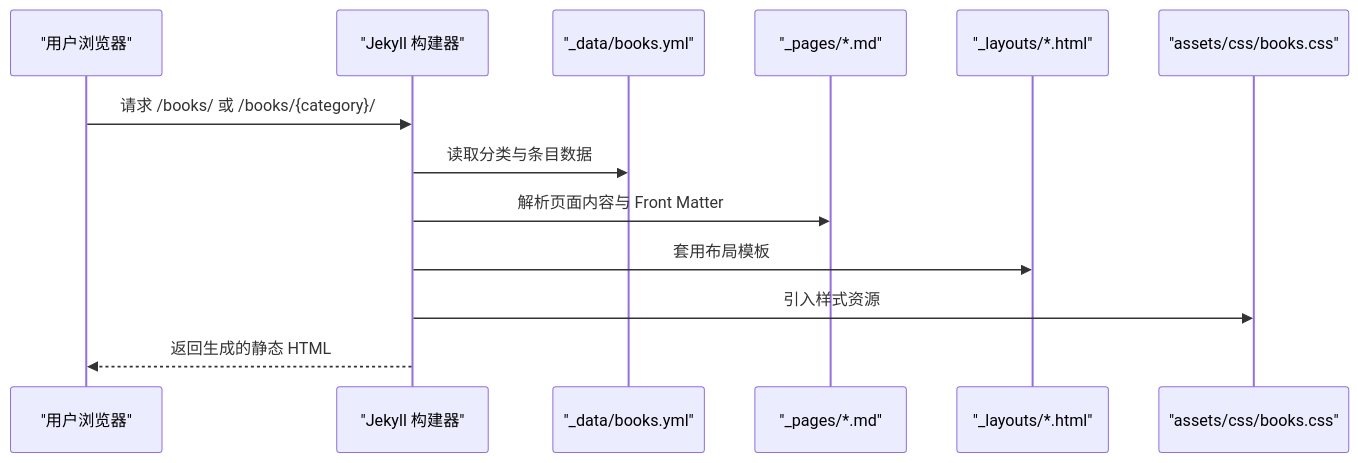
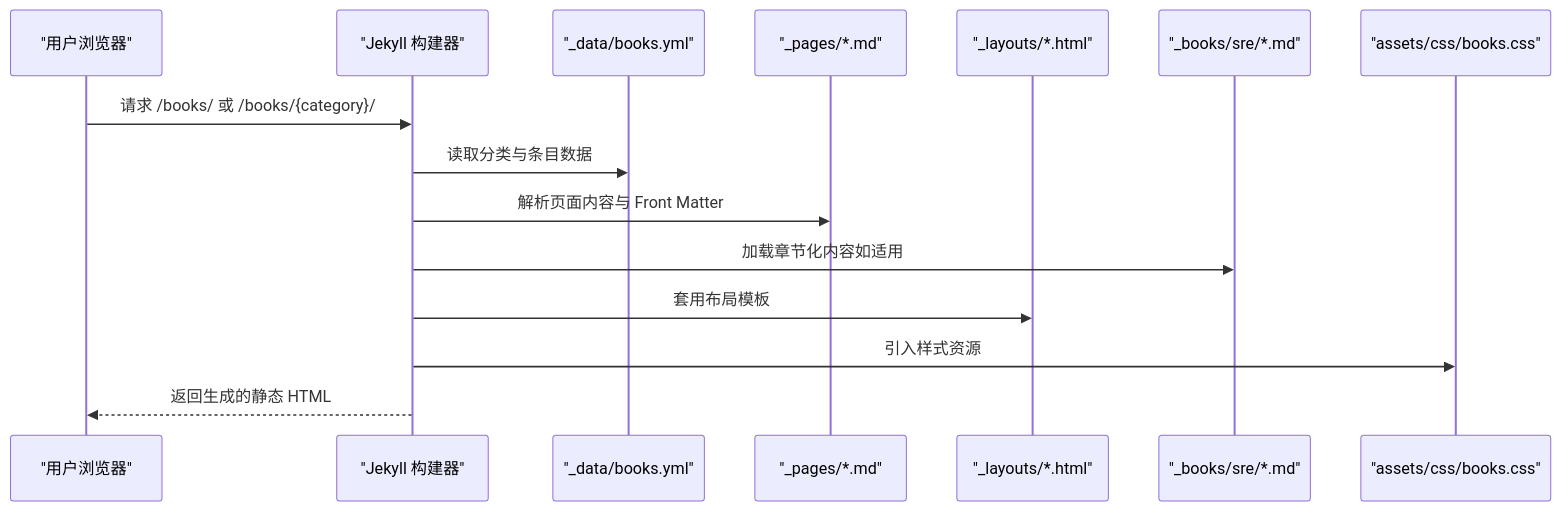
One commit to pizicaiman/pizicaiman.github.io changed the second of 8 diagrams in .qoder/repowiki/zh/content/内容管理/书籍管理系统.md. Above: the diagram before and after it, drawn with Mermaid. The commit also changed other lines of this file and 10 other files, not shown here.

````diff
--- a/.qoder/repowiki/zh/content/内容管理/书籍管理系统.md
+++ b/.qoder/repowiki/zh/content/内容管理/书籍管理系统.md
@@ -117,15 +137,17 @@
 ```mermaid
 sequenceDiagram
 participant U as "用户浏览器"
 participant S as "Jekyll 构建器"
 participant D as "_data/books.yml"
 participant P as "_pages/*.md"
 participant L as "_layouts/*.html"
+participant C as "_books/sre/*.md"
 participant CSS as "assets/css/books.css"
 U->>S : 请求 /books/ 或 /books/{category}/
 S->>D : 读取分类与条目数据
 S->>P : 解析页面内容与 Front Matter
+S->>C : 加载章节化内容如适用
 S->>L : 套用布局模板
 S->>CSS : 引入样式资源
 S-->>U : 返回生成的静态 HTML
 ```
````
